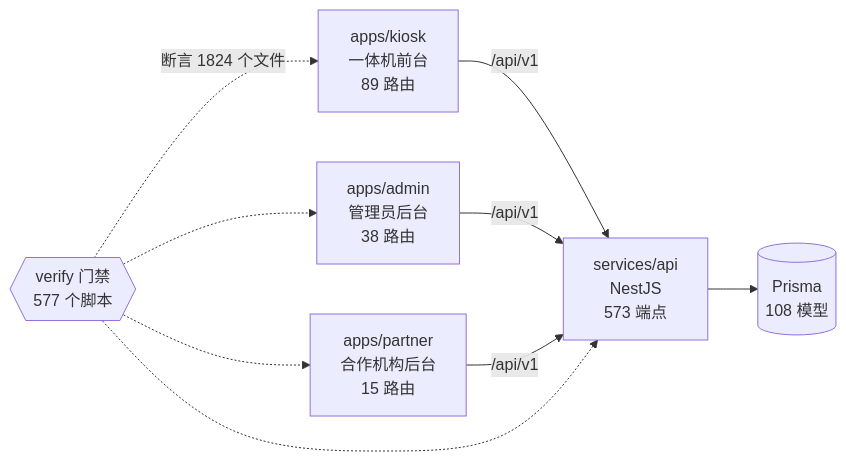
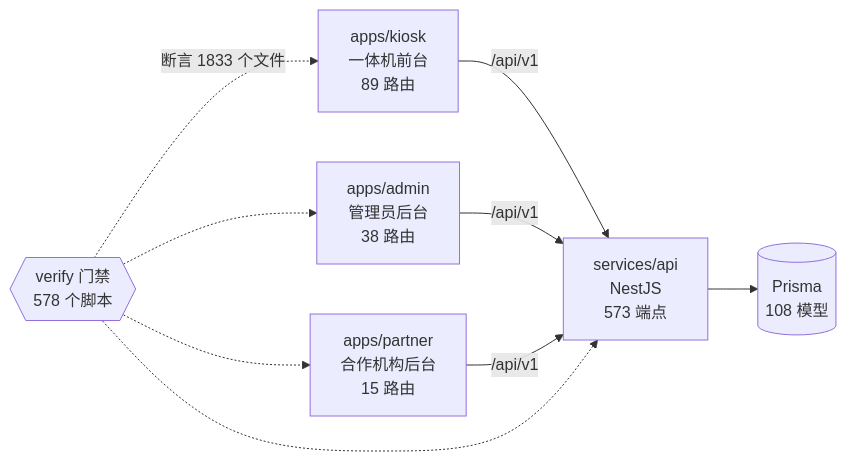
The diagram in docs/graph/README.md (wanglei581/YITIJI), drawn with Mermaid before and after one commit. The commit also changed other lines of this file and 14 other files, not shown here.

````diff
--- a/docs/graph/README.md
+++ b/docs/graph/README.md
@@ -68,18 +68,18 @@
 ```mermaid
 flowchart LR
   kiosk["apps/kiosk<br/>一体机前台<br/>89 路由"]
   admin["apps/admin<br/>管理员后台<br/>38 路由"]
   partner["apps/partner<br/>合作机构后台<br/>15 路由"]
   api["services/api<br/>NestJS<br/>573 端点"]
   db[("Prisma<br/>108 模型")]
-  gates{{"verify 门禁<br/>577 个脚本"}}
+  gates{{"verify 门禁<br/>578 个脚本"}}
 
   kiosk -->|"/api/v1"| api
   admin -->|"/api/v1"| api
   partner -->|"/api/v1"| api
   api --> db
-  gates -.->|"断言 1824 个文件"| kiosk
+  gates -.->|"断言 1833 个文件"| kiosk
   gates -.-> admin
   gates -.-> partner
   gates -.-> api
 ```
````
